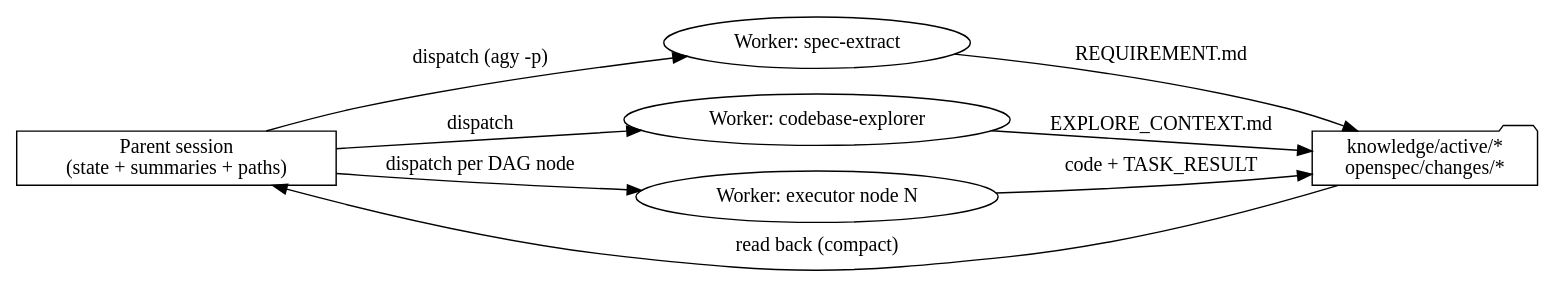
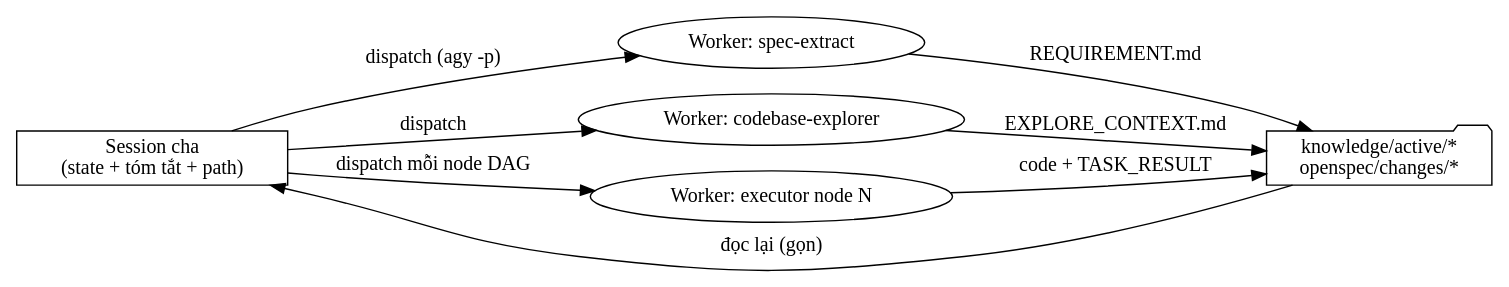
The diagram in docs/superpowers/specs/2026-07-03-task-run-quality-thin-orchestrator-design.md (VIethoangnguyenle/Maika), drawn with Graphviz before and after one commit. The commit also changed other lines of this file, not shown here.

First line of the commit message:
docs: viết lại design task-run quality bằng tiếng Việt

````diff
--- a/docs/superpowers/specs/2026-07-03-task-run-quality-thin-orchestrator-design.md
+++ b/docs/superpowers/specs/2026-07-03-task-run-quality-thin-orchestrator-design.md
@@ -145,18 +145,18 @@
 ```dot
 digraph thin_orchestrator {
     rankdir=LR;
-    Parent [shape=box, label="Parent session\n(state + summaries + paths)"];
+    Parent [shape=box, label="Session cha\n(state + tóm tắt + path)"];
     W1 [shape=ellipse, label="Worker: spec-extract"];
     W2 [shape=ellipse, label="Worker: codebase-explorer"];
     W3 [shape=ellipse, label="Worker: executor node N"];
     K [shape=folder, label="knowledge/active/*\nopenspec/changes/*"];
 
     Parent -> W1 [label="dispatch (agy -p)"];
     Parent -> W2 [label="dispatch"];
-    Parent -> W3 [label="dispatch per DAG node"];
+    Parent -> W3 [label="dispatch mỗi node DAG"];
     W1 -> K [label="REQUIREMENT.md"];
     W2 -> K [label="EXPLORE_CONTEXT.md"];
     W3 -> K [label="code + TASK_RESULT"];
-    K -> Parent [label="read back (compact)"];
+    K -> Parent [label="đọc lại (gọn)"];
 }
 ```
````
